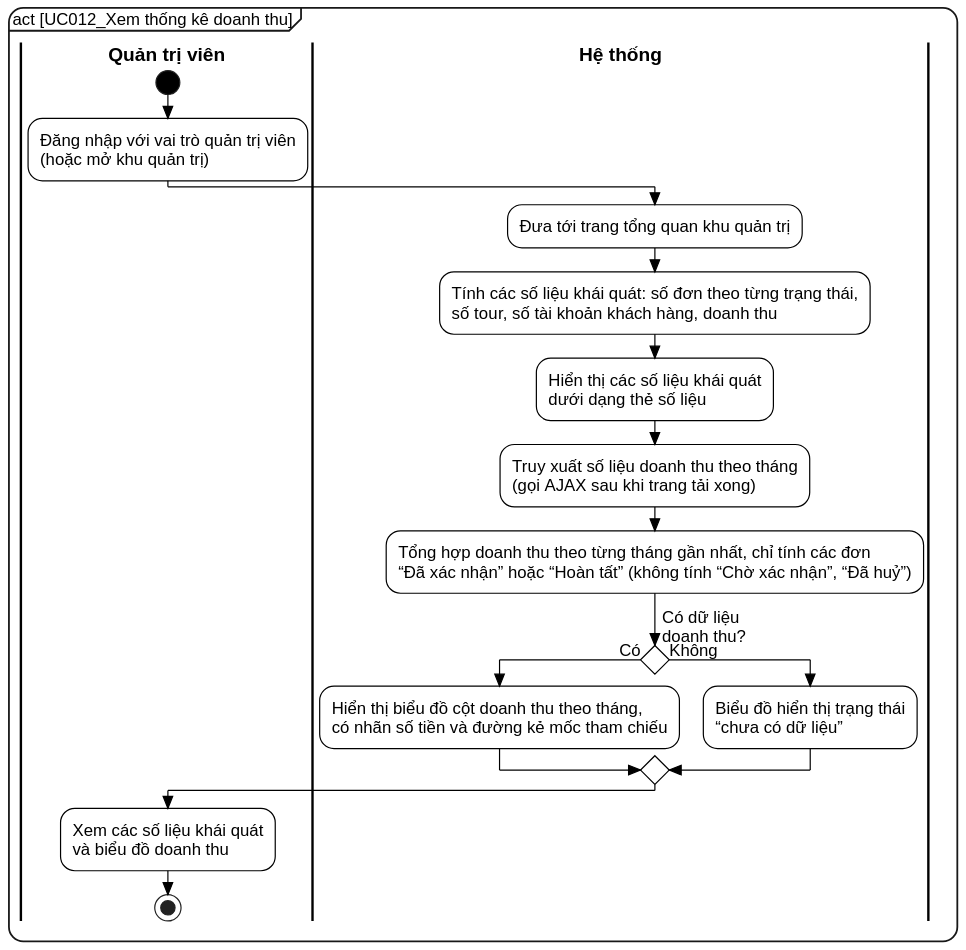
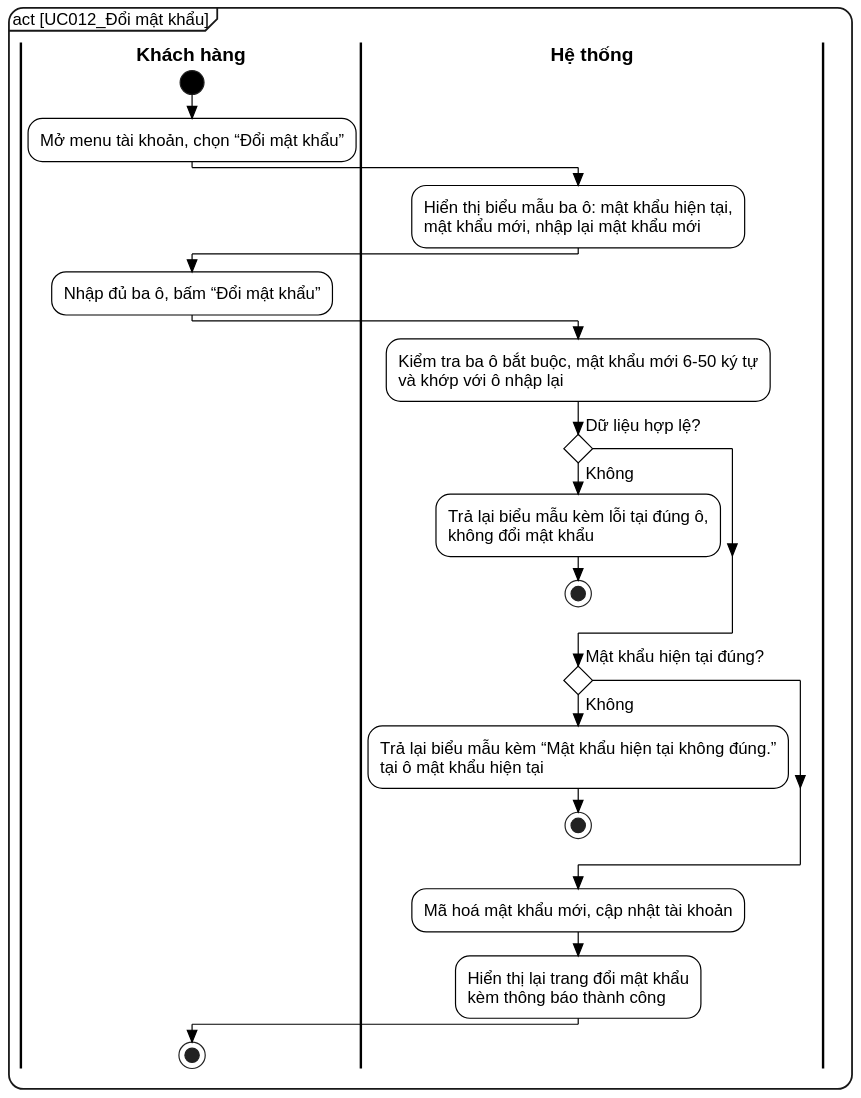
Before and after one commit to kanele05/project_www: the diagram in docs/report/diagrams/src/UC012_activity.puml, drawn with PlantUML. The commit also changed 104 other files, not shown here.

First line of the commit message:
Sắp xếp lại use case theo biểu đồ tổng quát: đánh số lại UC001–UC021, gộp quản lý danh mục, cập nhật đặc tả và sơ đồ

```diff
--- a/docs/report/diagrams/src/UC012_activity.puml
+++ b/docs/report/diagrams/src/UC012_activity.puml
@@ -1,47 +1,51 @@
 @startuml UC012_activity
 skinparam dpi 140
 skinparam defaultFontName "Liberation Sans"
 skinparam defaultFontSize 14
 skinparam backgroundColor white
 skinparam shadowing false
 skinparam RoundCorner 24
 skinparam ArrowColor black
 skinparam ArrowThickness 1.1
 skinparam ConditionStyle diamond
 skinparam ConditionEndStyle diamond
 skinparam style strictuml
 skinparam activity {
   BackgroundColor white
   BorderColor black
   BorderThickness 1
   DiamondBackgroundColor white
   DiamondBorderColor black
   StartColor black
   EndColor black
 }
 skinparam swimlane {
   BorderColor black
   BorderThickness 2
   TitleFontStyle bold
   TitleFontSize 16
 }
 skinparam wrapWidth 600
-mainframe act [UC012_Xem thống kê doanh thu]
-|Quản trị viên|
+mainframe act [UC012_Đổi mật khẩu]
+|Khách hàng|
 start
-:Đăng nhập với vai trò quản trị viên\n(hoặc mở khu quản trị);
+:Mở menu tài khoản, chọn “Đổi mật khẩu”;
 |Hệ thống|
-:Đưa tới trang tổng quan khu quản trị;
-:Tính các số liệu khái quát: số đơn theo từng trạng thái,\nsố tour, số tài khoản khách hàng, doanh thu;
-:Hiển thị các số liệu khái quát\ndưới dạng thẻ số liệu;
-:Truy xuất số liệu doanh thu theo tháng\n(gọi AJAX sau khi trang tải xong);
-:Tổng hợp doanh thu theo từng tháng gần nhất, chỉ tính các đơn\n“Đã xác nhận” hoặc “Hoàn tất” (không tính “Chờ xác nhận”, “Đã huỷ”);
-if (Có dữ liệu\ndoanh thu?) then (Có)
-  :Hiển thị biểu đồ cột doanh thu theo tháng,\ncó nhãn số tiền và đường kẻ mốc tham chiếu;
-else (Không)
-  :Biểu đồ hiển thị trạng thái\n“chưa có dữ liệu”;
+:Hiển thị biểu mẫu ba ô: mật khẩu hiện tại,\nmật khẩu mới, nhập lại mật khẩu mới;
+|Khách hàng|
+:Nhập đủ ba ô, bấm “Đổi mật khẩu”;
+|Hệ thống|
+:Kiểm tra ba ô bắt buộc, mật khẩu mới 6-50 ký tự\nvà khớp với ô nhập lại;
+if (Dữ liệu hợp lệ?) then (Không)
+  :Trả lại biểu mẫu kèm lỗi tại đúng ô,\nkhông đổi mật khẩu;
+  stop
 endif
-|Quản trị viên|
-:Xem các số liệu khái quát\nvà biểu đồ doanh thu;
+if (Mật khẩu hiện tại đúng?) then (Không)
+  :Trả lại biểu mẫu kèm “Mật khẩu hiện tại không đúng.”\ntại ô mật khẩu hiện tại;
+  stop
+endif
+:Mã hoá mật khẩu mới, cập nhật tài khoản;
+:Hiển thị lại trang đổi mật khẩu\nkèm thông báo thành công;
+|Khách hàng|
 stop
 @enduml
```
